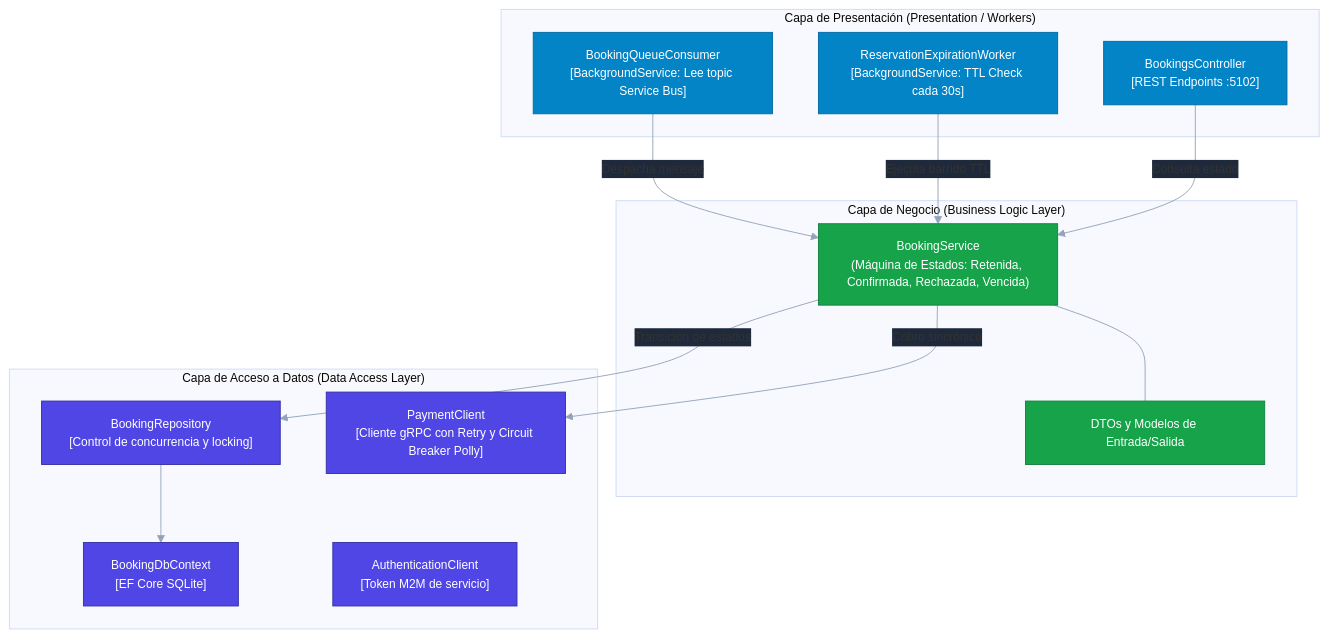
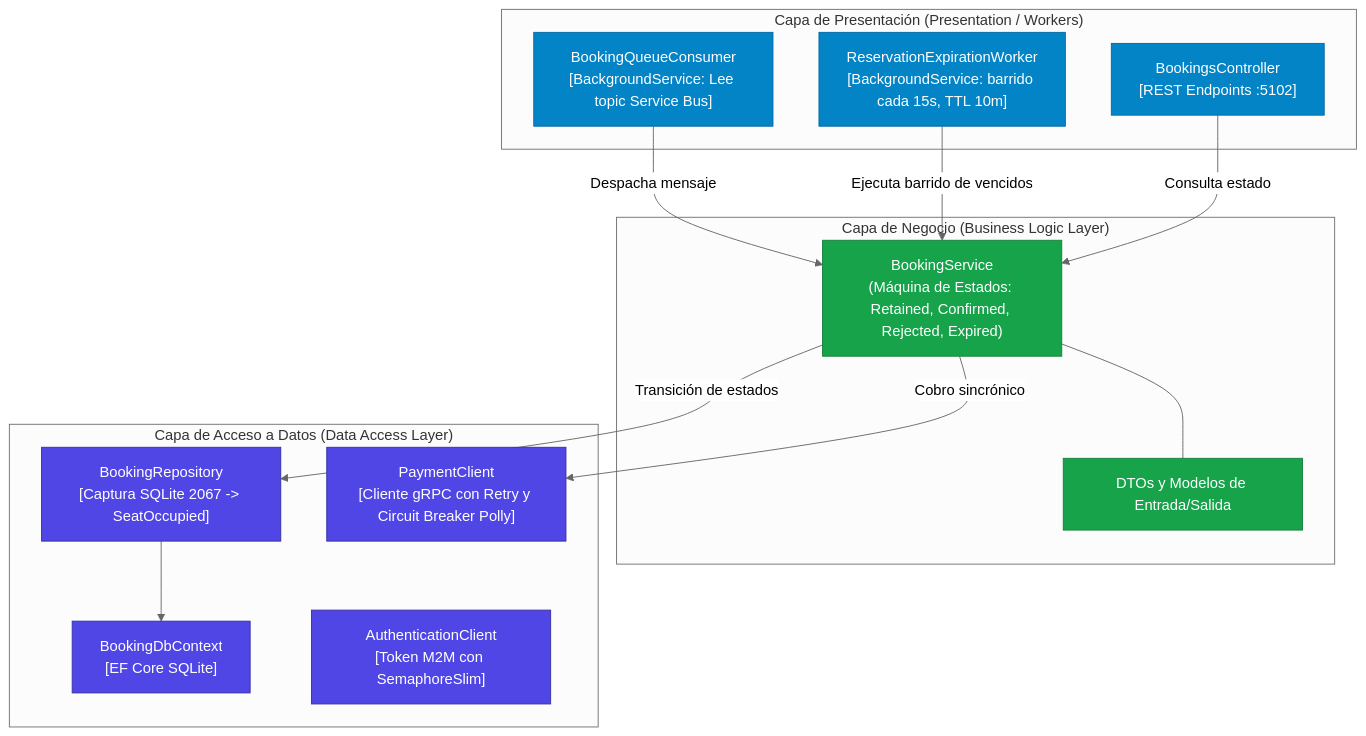
The diagram in docs/c4/04_booking_components.md (arza-developer/tp-distribuidos-grupo2-asientos), drawn with Mermaid before and after one commit. The commit also changed other lines of this file and 11 other files, not shown here.

Commit message:
docs: corregir contraste neutral mermaid, eliminar inconsistencias y sincronizar e2e

````diff
--- a/docs/c4/04_booking_components.md
+++ b/docs/c4/04_booking_components.md
@@ -9,46 +9,37 @@
 ```mermaid
-%%{init: {
-  'theme': 'base',
-  'themeVariables': {
-    'fontSize': '13px',
-    'fontFamily': 'Segoe UI, Helvetica, sans-serif',
-    'textColor': '#f8fafc',
-    'lineColor': '#94a3b8',
-    'edgeLabelBackground': '#1e293b'
-  }
-}}%%
+%%{init: {'theme': 'neutral'}}%%
 flowchart TD
     subgraph Presentation["Capa de Presentación (Presentation / Workers)"]
         Ctrl["BookingsController\n[REST Endpoints :5102]"]
         QueueWorker["BookingQueueConsumer\n[BackgroundService: Lee topic Service Bus]"]
-        ExpireWorker["ReservationExpirationWorker\n[BackgroundService: TTL Check cada 30s]"]
+        ExpireWorker["ReservationExpirationWorker\n[BackgroundService: barrido cada 15s, TTL 10m]"]
     end
 
     subgraph Business["Capa de Negocio (Business Logic Layer)"]
-        Svc["BookingService\n(Máquina de Estados: Retenida, Confirmada, Rechazada, Vencida)"]
+        Svc["BookingService\n(Máquina de Estados: Retained, Confirmed, Rejected, Expired)"]
         DTOs["DTOs y Modelos de Entrada/Salida"]
         Svc --- DTOs
     end
 
     subgraph DataAccess["Capa de Acceso a Datos (Data Access Layer)"]
-        Repo["BookingRepository\n[Control de concurrencia y locking]"]
+        Repo["BookingRepository\n[Captura SQLite 2067 -> SeatOccupied]"]
         Ctx["BookingDbContext\n[EF Core SQLite]"]
         GrpcClient["PaymentClient\n[Cliente gRPC con Retry y Circuit Breaker Polly]"]
-        AuthM2M["AuthenticationClient\n[Token M2M de servicio]"]
+        AuthM2M["AuthenticationClient\n[Token M2M con SemaphoreSlim]"]
     end
 
     QueueWorker -->|"Despacha mensaje"| Svc
-    ExpireWorker -->|"Ejecuta barrido TTL"| Svc
+    ExpireWorker -->|"Ejecuta barrido de vencidos"| Svc
     Ctrl -->|"Consulta estado"| Svc
     Svc -->|"Transición de estados"| Repo
     Svc -->|"Cobro sincrónico"| GrpcClient
     Repo --> Ctx
 
-    classDef pres fill:#0284c7,stroke:#0369a1,color:#fff;
-    classDef biz fill:#16a34a,stroke:#15803d,color:#fff;
-    classDef data fill:#4f46e5,stroke:#3730a3,color:#fff;
+    classDef pres fill:#0284c7,stroke:#0369a1,color:#ffffff;
+    classDef biz fill:#16a34a,stroke:#15803d,color:#ffffff;
+    classDef data fill:#4f46e5,stroke:#3730a3,color:#ffffff;
 
     class Ctrl,QueueWorker,ExpireWorker pres;
     class Svc,DTOs biz;
     class Repo,Ctx,GrpcClient,AuthM2M data;
 ```
````
